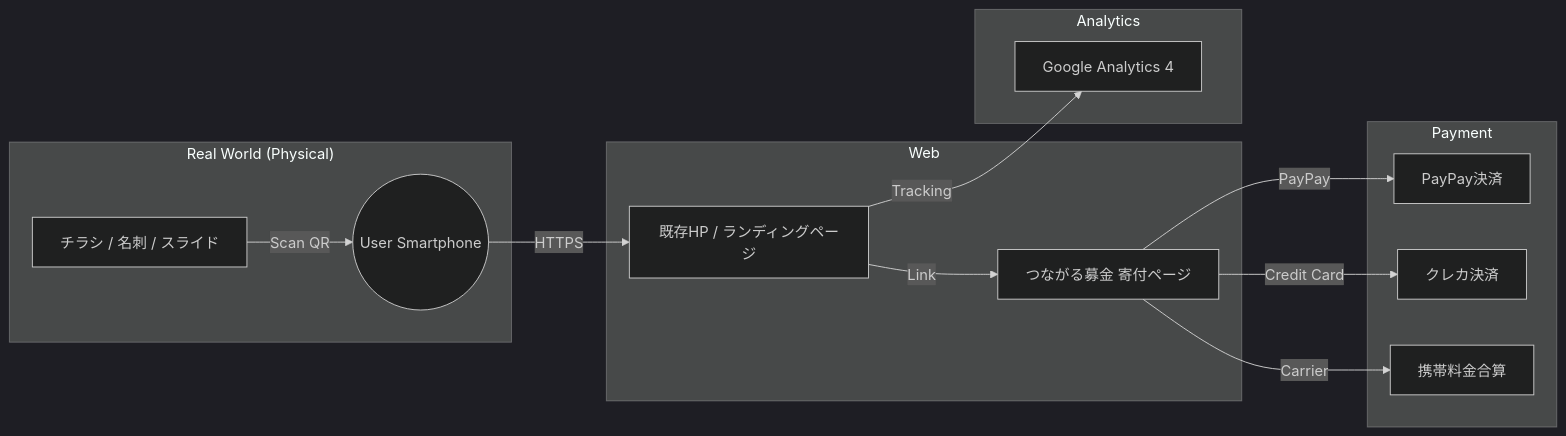
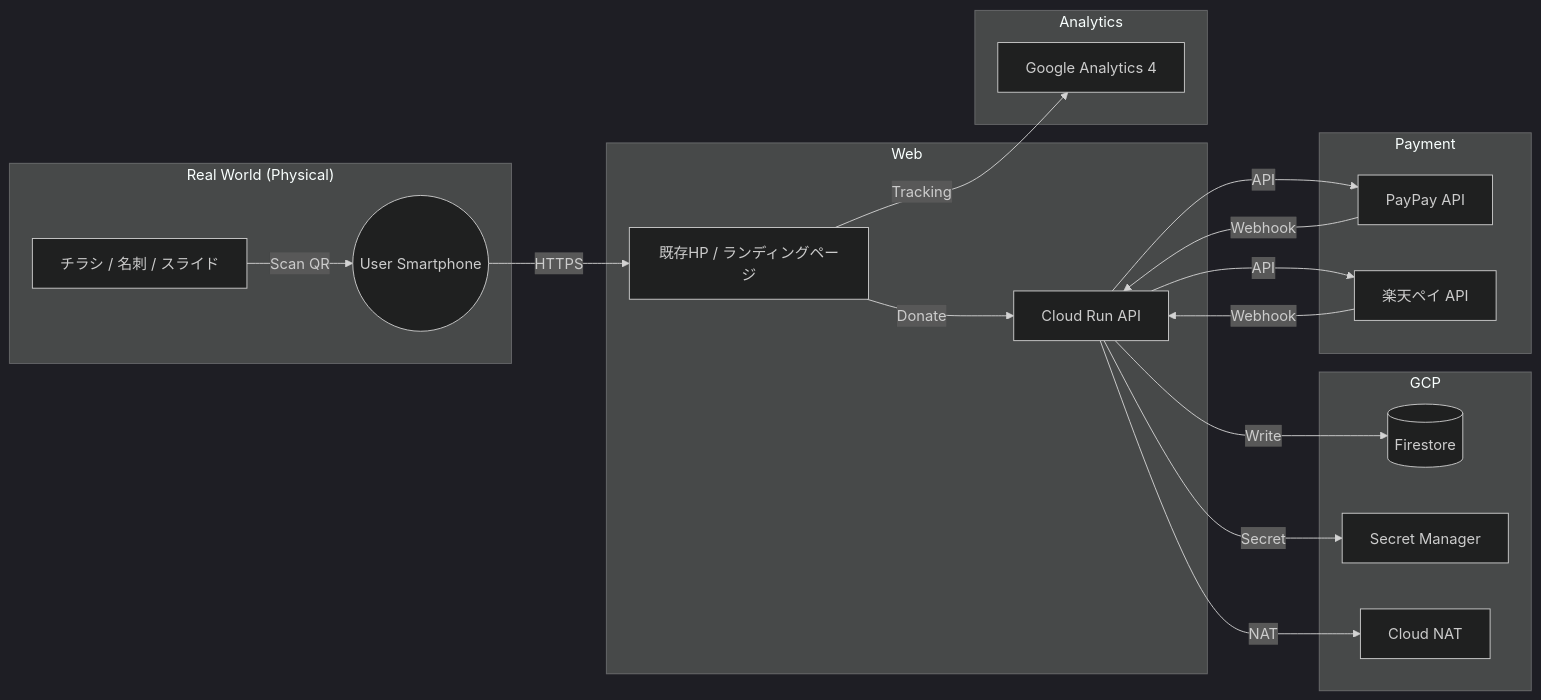
The diagram in docs/architecture.md (yasushi-honda-prog/tadakayo-qr-charity-connect), drawn with Mermaid (dark theme) before and after one commit. The commit also changed other lines of this file and 15 other files, not shown here.

````diff
--- a/docs/architecture.md
+++ b/docs/architecture.md
@@ -6,21 +6,28 @@
 ```mermaid
 graph LR
     subgraph "Real World (Physical)"
         A[チラシ / 名刺 / スライド] -- Scan QR --> B((User Smartphone))
     end
 
     subgraph "Web"
         B -- HTTPS --> C[既存HP / ランディングページ]
-        C -- Link --> D[つながる募金 寄付ページ]
+        C -- Donate --> D[Cloud Run API]
+    end
+
+    subgraph "GCP"
+        D -- Write --> E[(Firestore)]
+        D -- Secret --> F[Secret Manager]
+        D -- NAT --> G[Cloud NAT]
     end
 
     subgraph "Payment"
-        D -- PayPay --> E[PayPay決済]
-        D -- Credit Card --> F[クレカ決済]
-        D -- Carrier --> G[携帯料金合算]
+        D -- API --> H[PayPay API]
+        D -- API --> I[楽天ペイ API]
+        H -- Webhook --> D
+        I -- Webhook --> D
     end
 
     subgraph "Analytics"
-        C -- Tracking --> H[Google Analytics 4]
+        C -- Tracking --> J[Google Analytics 4]
     end
 ```
````
